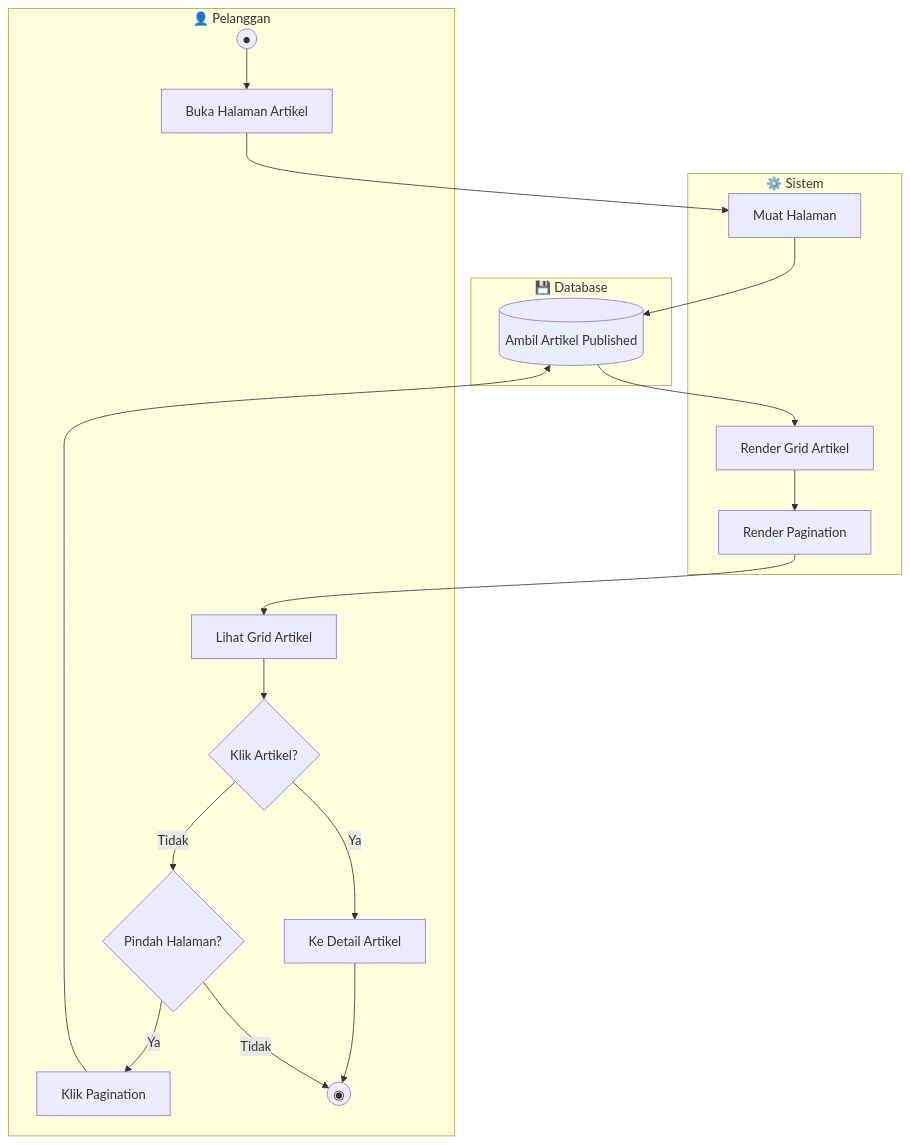
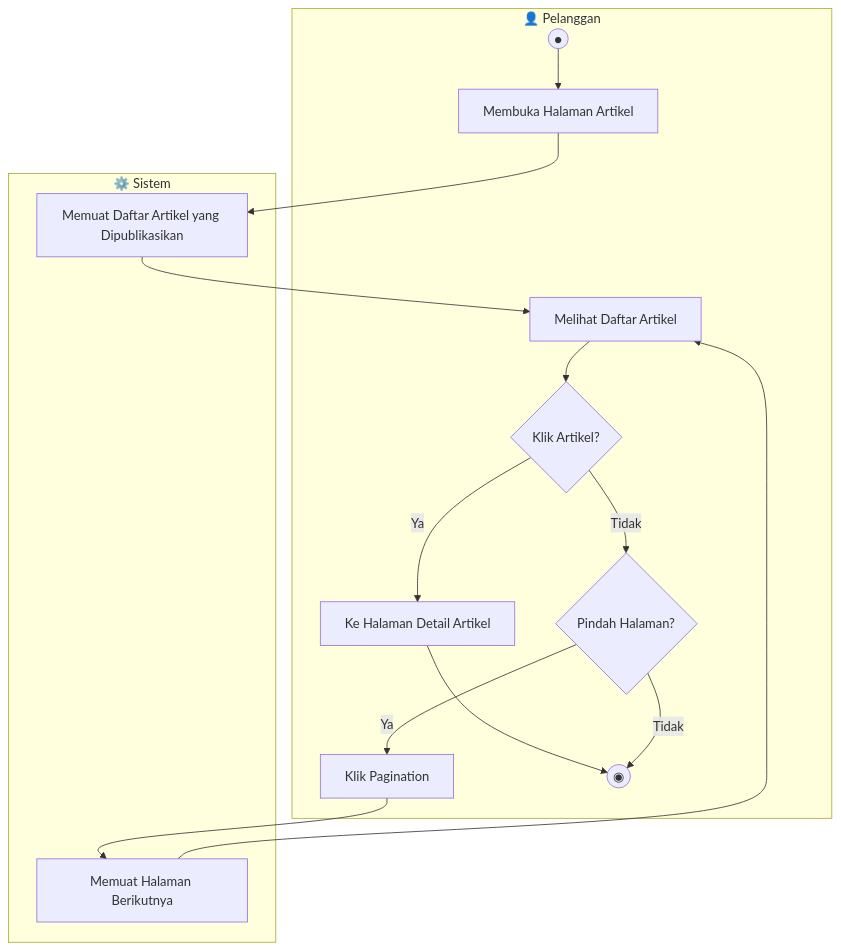
The seventh of 17 diagrams in docs/ACTIVITY_DIAGRAMS.md (mustarisyahding07-spec/WEBSITE_SKRIPSI_MUSTARI), drawn with Mermaid before and after one commit. The commit also changed other lines of this file, not shown here.

Commit message:
docs: simplify activity diagrams and add academic explanations

````diff
--- a/docs/ACTIVITY_DIAGRAMS.md
+++ b/docs/ACTIVITY_DIAGRAMS.md
@@ -401,37 +302,30 @@
 ```mermaid
 flowchart TD
     subgraph Pelanggan["👤 Pelanggan"]
         P1((●))
-        P2[Buka Halaman Artikel]
-        P3[Lihat Grid Artikel]
+        P2[Membuka Halaman Artikel]
+        P3[Melihat Daftar Artikel]
         P4{Klik Artikel?}
-        P5[Ke Detail Artikel]
+        P5[Ke Halaman Detail Artikel]
         P6{Pindah Halaman?}
         P7[Klik Pagination]
         P8((◉))
     end
-    
+
     subgraph Sistem["⚙️ Sistem"]
-        S1[Muat Halaman]
-        S2[Render Grid Artikel]
-        S3[Render Pagination]
+        S1[Memuat Daftar Artikel yang Dipublikasikan]
+        S2[Memuat Halaman Berikutnya]
     end
-    
-    subgraph Database["💾 Database"]
-        D1[(Ambil Artikel Published)]
-    end
-    
+
     P1 --> P2
     P2 --> S1
-    S1 --> D1
-    D1 --> S2
-    S2 --> S3
-    S3 --> P3
+    S1 --> P3
     P3 --> P4
     P4 -->|Ya| P5
     P5 --> P8
     P4 -->|Tidak| P6
     P6 -->|Ya| P7
-    P7 --> D1
+    P7 --> S2
+    S2 --> P3
     P6 -->|Tidak| P8
 ```
````
